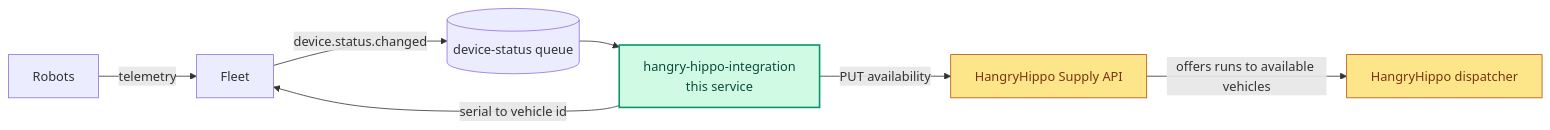
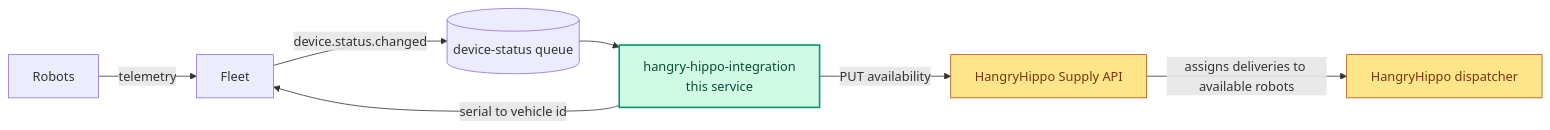
One commit to cococandidate/coco-interview-device-status changed the diagram in README.md. Above: the diagram before and after it, drawn with Mermaid. The commit also changed other lines of this file and 5 other files, not shown here.

````diff
--- a/README.md
+++ b/README.md
@@ -14,14 +14,14 @@
 ```mermaid
 flowchart LR
   Robots -->|telemetry| Fleet
   Fleet -->|device.status.changed| Q[(device-status queue)]
   Q --> S[hangry-hippo-integration<br/>this service]
   S -->|serial to vehicle id| Fleet
   S -->|PUT availability| HH[HangryHippo Supply API]
-  HH -->|offers runs to available vehicles| D[HangryHippo dispatcher]
+  HH -->|assigns deliveries to available robots| D[HangryHippo dispatcher]
 
   classDef editable fill:#d1fae5,stroke:#059669,stroke-width:2px,color:#064e3b
   classDef partner fill:#fde68a,stroke:#b45309,color:#78350f
   class S editable
   class HH,D partner
 ```
````
